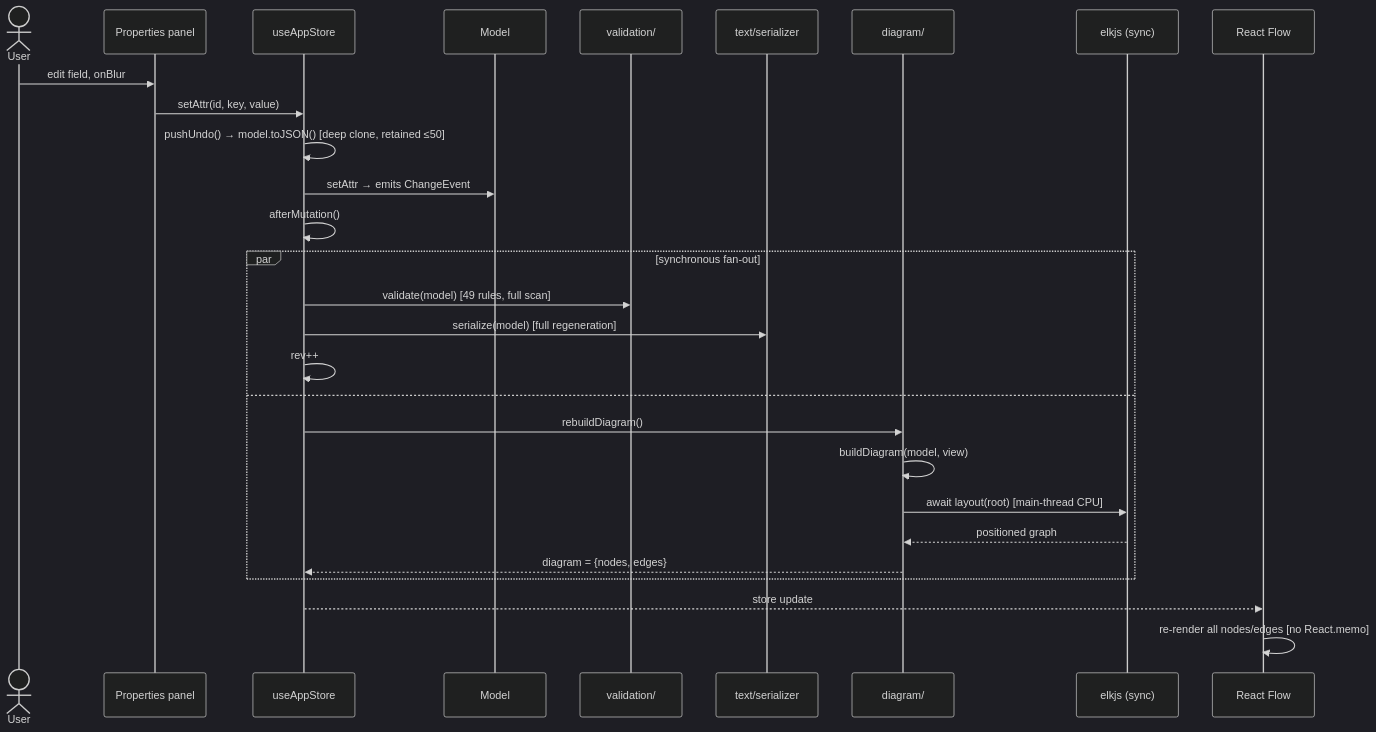
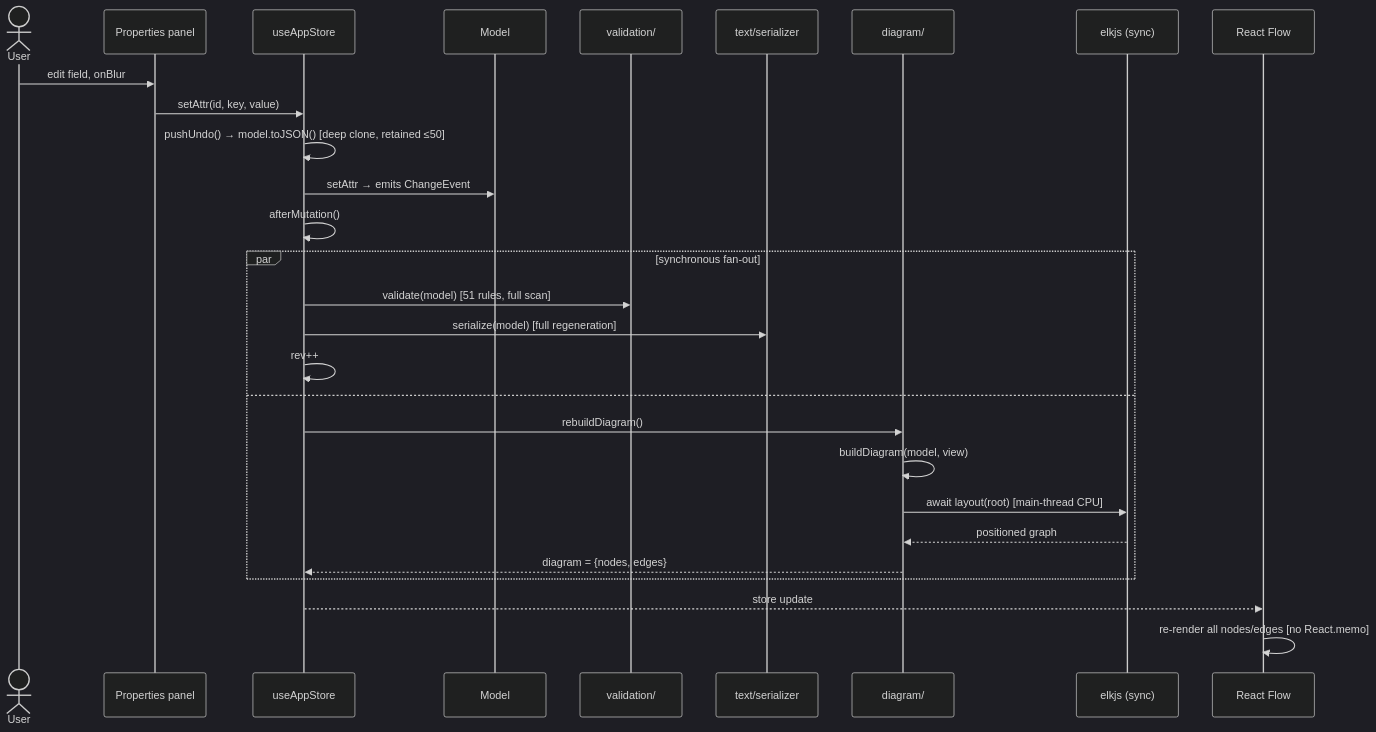
Before and after one commit to cosmindxu/sysprose: the second of 8 diagrams in docs/architecture/06-sequence-diagrams.md, drawn with Mermaid (dark theme). The commit also changed 8 other files, not shown here.

````diff
--- a/docs/architecture/06-sequence-diagrams.md
+++ b/docs/architecture/06-sequence-diagrams.md
@@ -30,31 +30,31 @@
 ```mermaid
 sequenceDiagram
     actor U as User
     participant P as Properties panel
     participant S as useAppStore
     participant M as Model
     participant V as validation/
     participant T as text/serializer
     participant D as diagram/
     participant ELK as elkjs (sync)
     participant RF as React Flow
 
     U->>P: edit field, onBlur
     P->>S: setAttr(id, key, value)
     S->>S: pushUndo() → model.toJSON() [deep clone, retained ≤50]
     S->>M: setAttr → emits ChangeEvent
     S->>S: afterMutation()
     par synchronous fan-out
-        S->>V: validate(model) [49 rules, full scan]
+        S->>V: validate(model) [51 rules, full scan]
         S->>T: serialize(model) [full regeneration]
         S->>S: rev++
     and
         S->>D: rebuildDiagram()
         D->>D: buildDiagram(model, view)
         D->>ELK: await layout(root) [main-thread CPU]
         ELK-->>D: positioned graph
         D-->>S: diagram = {nodes, edges}
     end
     S-->>RF: store update
     RF->>RF: re-render all nodes/edges [no React.memo]
 ```
````
